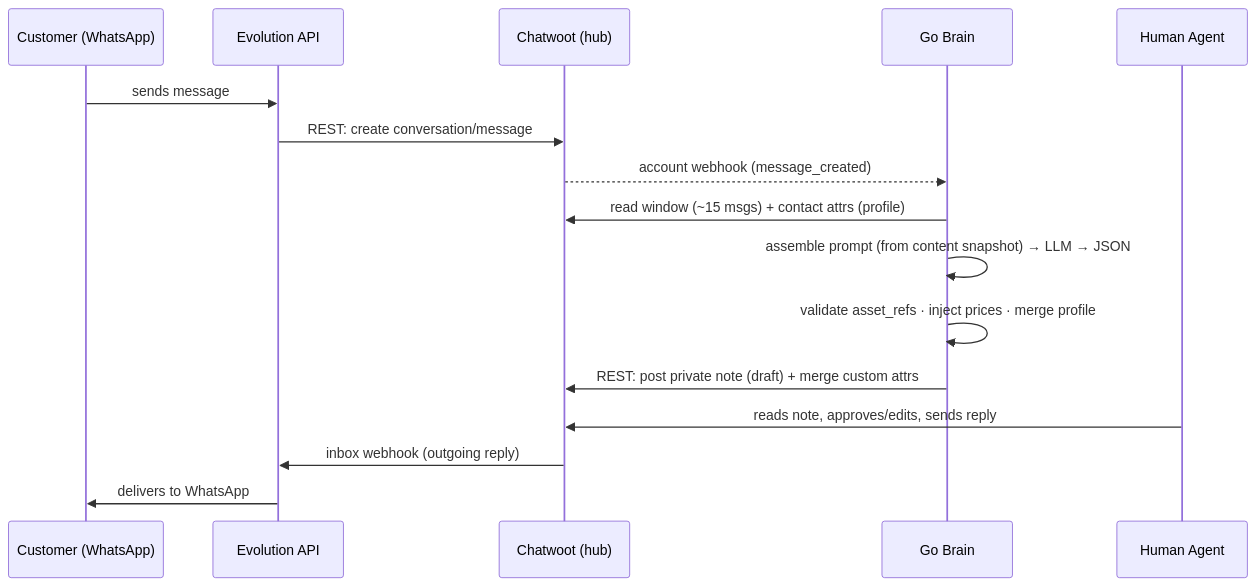
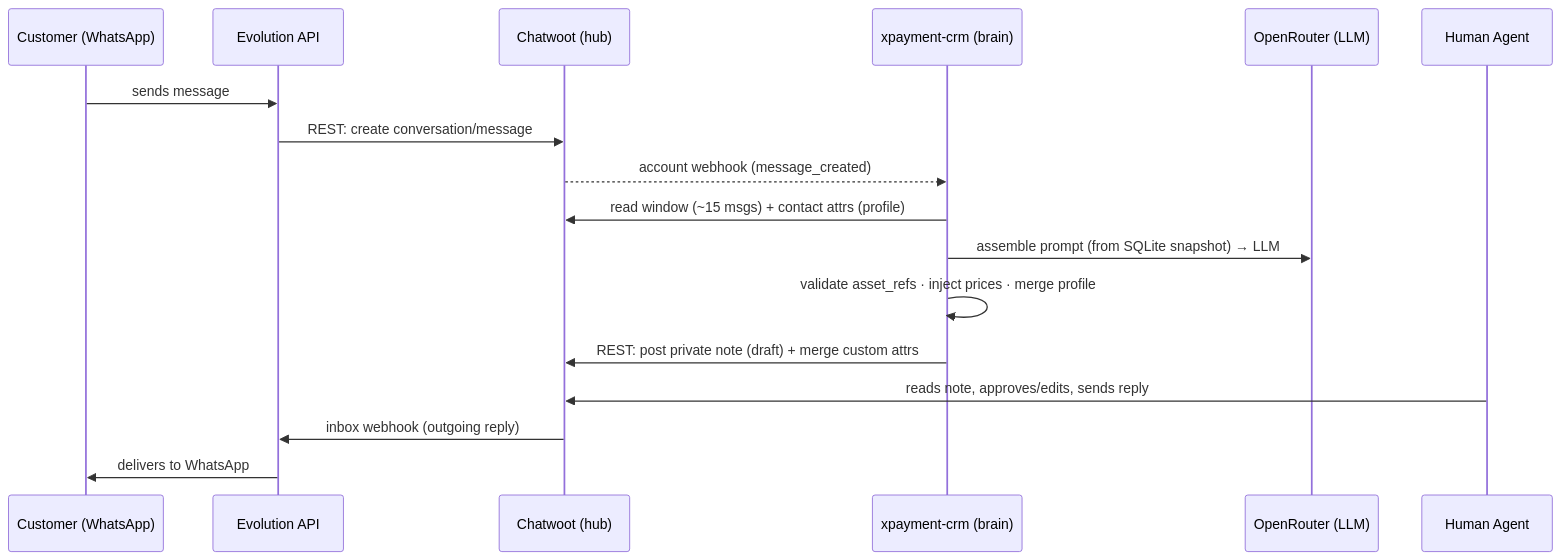
One commit to yerassyldanay/xpayment-crm changed the diagram in docs/README.md. Above: the diagram before and after it, drawn with Mermaid. The commit also changed other lines of this file and 12 other files, not shown here.

First line of the commit message:
Update GLOSSARY and README documentation to reflect changes in architecture and configuration management

````diff
--- a/docs/README.md
+++ b/docs/README.md
@@ -87,19 +89,20 @@
 ```mermaid
 sequenceDiagram
     participant C as Customer (WhatsApp)
     participant E as Evolution API
     participant CW as Chatwoot (hub)
-    participant B as Go Brain
+    participant B as xpayment-crm (brain)
+    participant L as OpenRouter (LLM)
     participant A as Human Agent
 
     C->>E: sends message
     E->>CW: REST: create conversation/message
     CW-->>B: account webhook (message_created)
     B->>CW: read window (~15 msgs) + contact attrs (profile)
-    B->>B: assemble prompt (from content snapshot) → LLM → JSON
+    B->>L: assemble prompt (from SQLite snapshot) → LLM
     B->>B: validate asset_refs · inject prices · merge profile
     B->>CW: REST: post private note (draft) + merge custom attrs
     A->>CW: reads note, approves/edits, sends reply
     CW->>E: inbox webhook (outgoing reply)
     E->>C: delivers to WhatsApp
 ```
````
